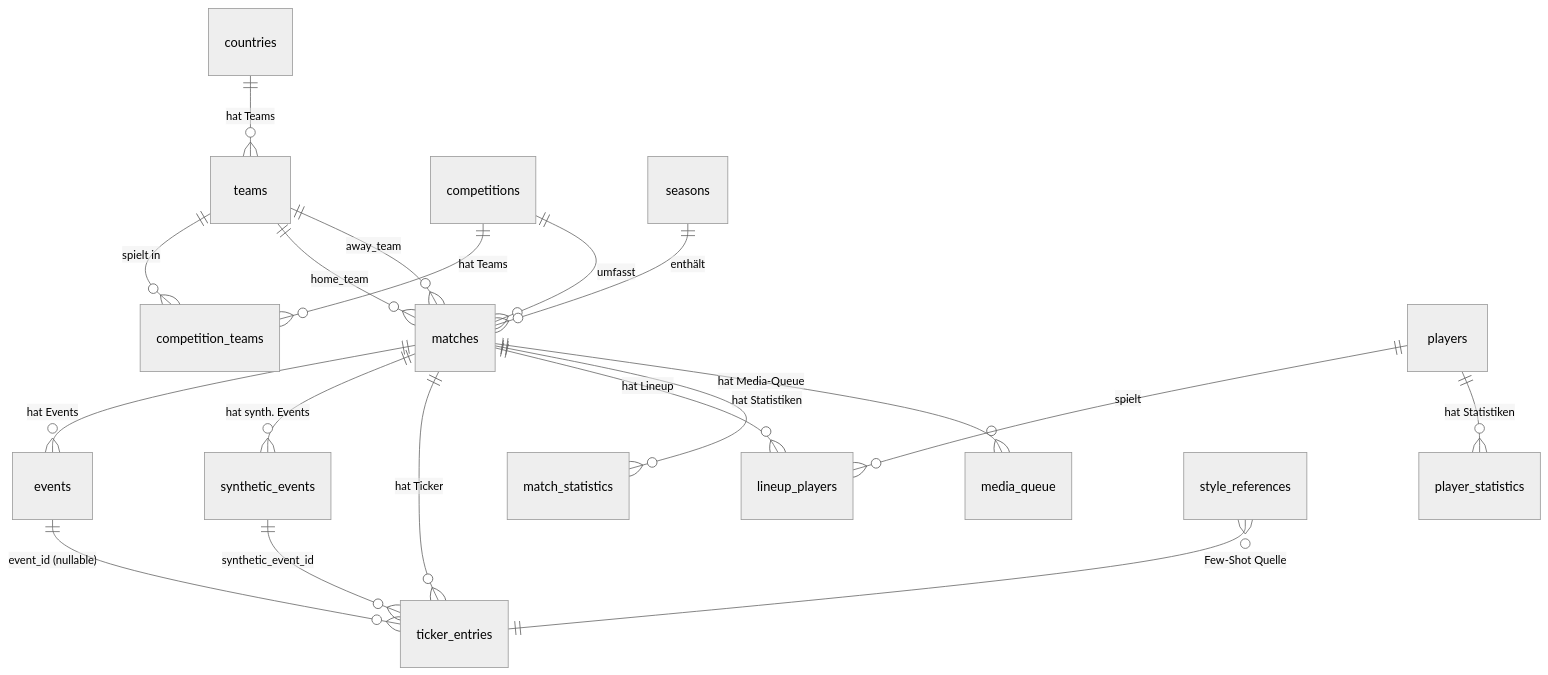
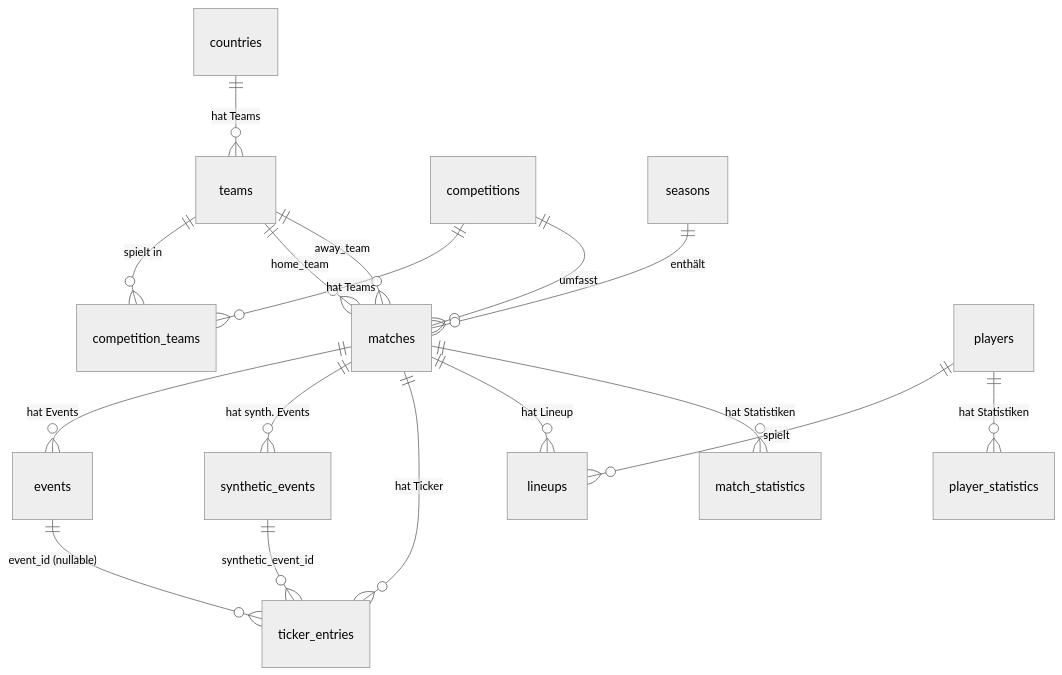
The third of 8 diagrams in docs/kapitel4_systemkonzeption.md (JonasKimmer/liveticker-eintracht), drawn with Mermaid (neutral theme) before and after one commit. The commit also changed other lines of this file and 14 other files, not shown here.

````diff
--- a/docs/kapitel4_systemkonzeption.md
+++ b/docs/kapitel4_systemkonzeption.md
@@ -206,25 +228,22 @@
 ```mermaid
 erDiagram
     countries ||--o{ teams : "hat Teams"
     teams ||--o{ competition_teams : "spielt in"
     competitions ||--o{ competition_teams : "hat Teams"
     competitions ||--o{ matches : "umfasst"
     seasons ||--o{ matches : "enthält"
     teams ||--o{ matches : "home_team"
     teams ||--o{ matches : "away_team"
 
     matches ||--o{ events : "hat Events"
     matches ||--o{ synthetic_events : "hat synth. Events"
     matches ||--o{ ticker_entries : "hat Ticker"
-    matches ||--o{ lineup_players : "hat Lineup"
+    matches ||--o{ lineups : "hat Lineup"
     matches ||--o{ match_statistics : "hat Statistiken"
-    matches ||--o{ media_queue : "hat Media-Queue"
 
     events ||--o{ ticker_entries : "event_id (nullable)"
     synthetic_events ||--o{ ticker_entries : "synthetic_event_id"
 
-    players ||--o{ lineup_players : "spielt"
+    players ||--o{ lineups : "spielt"
     players ||--o{ player_statistics : "hat Statistiken"
-
-    style_references }o--|| ticker_entries : "Few-Shot Quelle"
 ```
````
